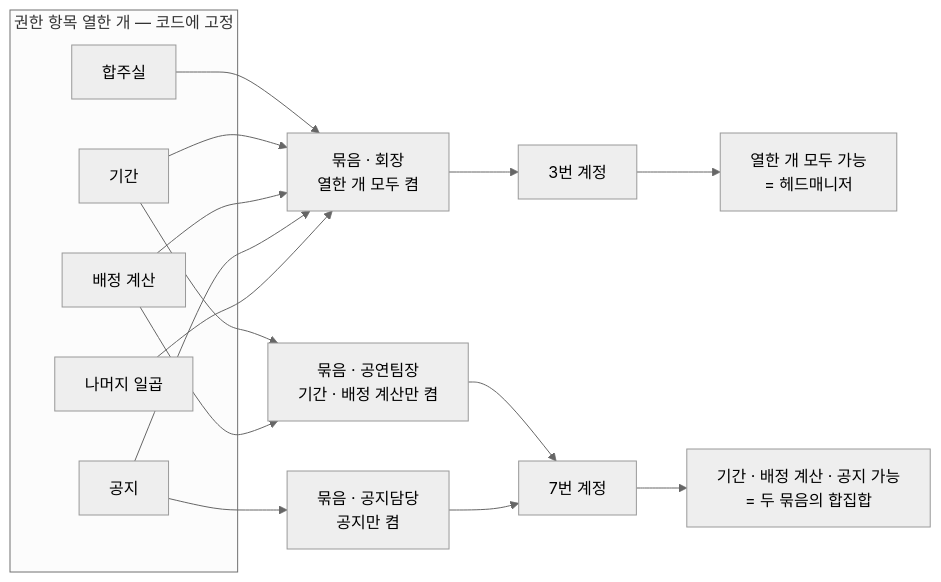
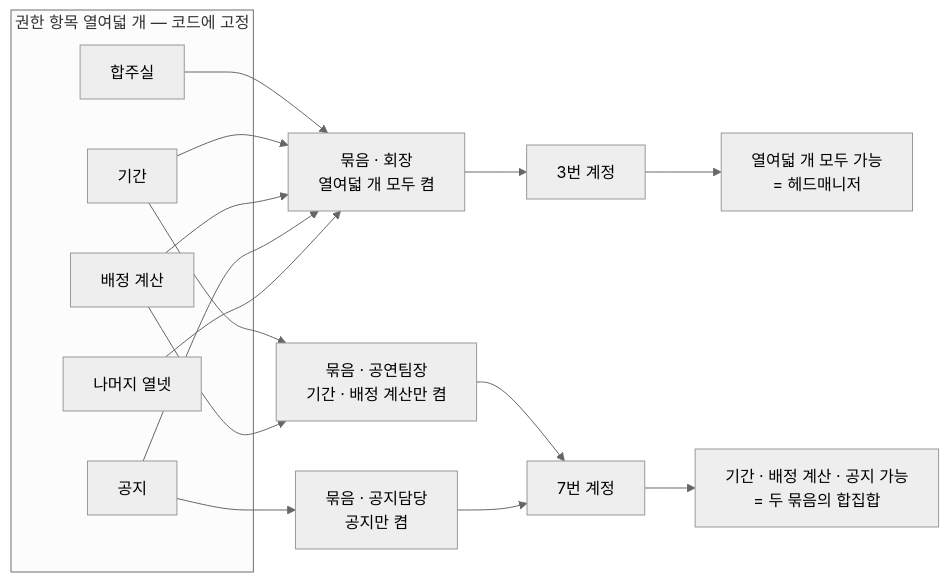
The third of 4 diagrams in .cluedoc/accounts-and-roles/README.md (minkong-dev/Banblit), drawn with Mermaid (neutral theme) before and after one commit. The commit also changed other lines of this file and 11 other files, not shown here.

````diff
--- a/.cluedoc/accounts-and-roles/README.md
+++ b/.cluedoc/accounts-and-roles/README.md
@@ -265,23 +322,23 @@
 ```mermaid
 flowchart LR
-    subgraph I[권한 항목 열한 개 — 코드에 고정]
+    subgraph I[권한 항목 열여덟 개 — 코드에 고정]
         A1[합주실]
         A2[기간]
         A3[배정 계산]
         A4[공지]
-        A5[나머지 일곱]
+        A5[나머지 열넷]
     end
     A1 --> B1
     A2 --> B1
     A3 --> B1
     A4 --> B1
     A5 --> B1
     A2 --> B2
     A3 --> B2
     A4 --> B3
-    B1[묶음 · 회장<br/>열한 개 모두 켬] --> M1[3번 계정]
+    B1[묶음 · 회장<br/>열여덟 개 모두 켬] --> M1[3번 계정]
     B2[묶음 · 공연팀장<br/>기간 · 배정 계산만 켬] --> M2[7번 계정]
     B3[묶음 · 공지담당<br/>공지만 켬] --> M2
-    M1 --> R1[열한 개 모두 가능<br/>= 헤드매니저]
+    M1 --> R1[열여덟 개 모두 가능<br/>= 헤드매니저]
     M2 --> R2[기간 · 배정 계산 · 공지 가능<br/>= 두 묶음의 합집합]
 ```
````
